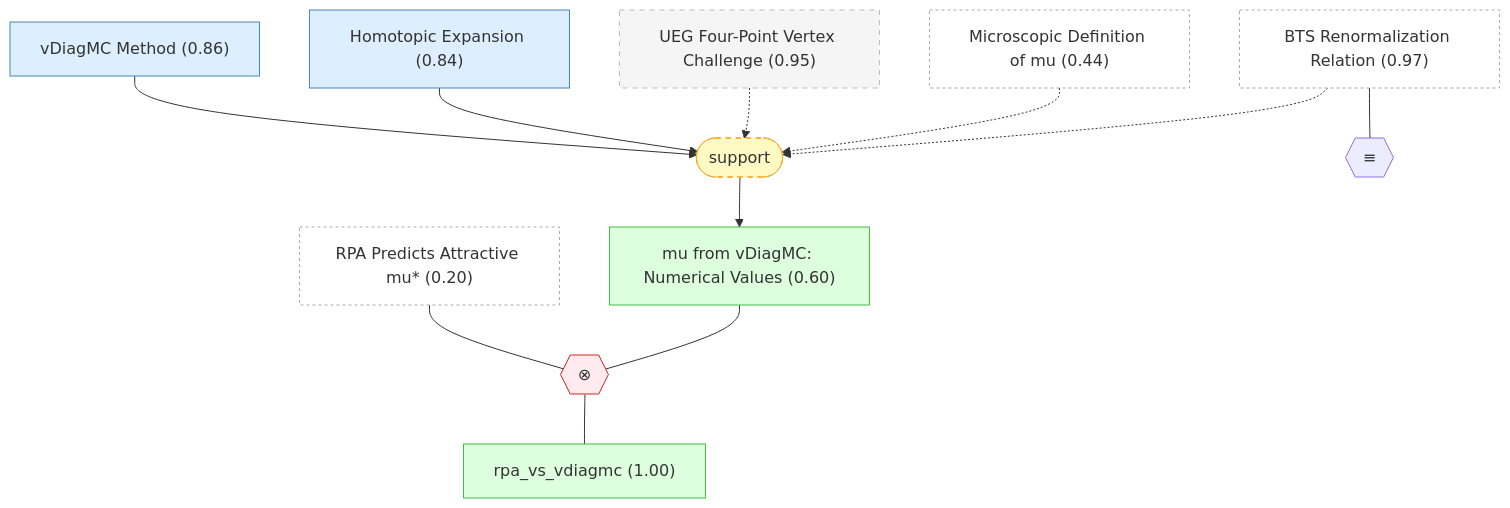
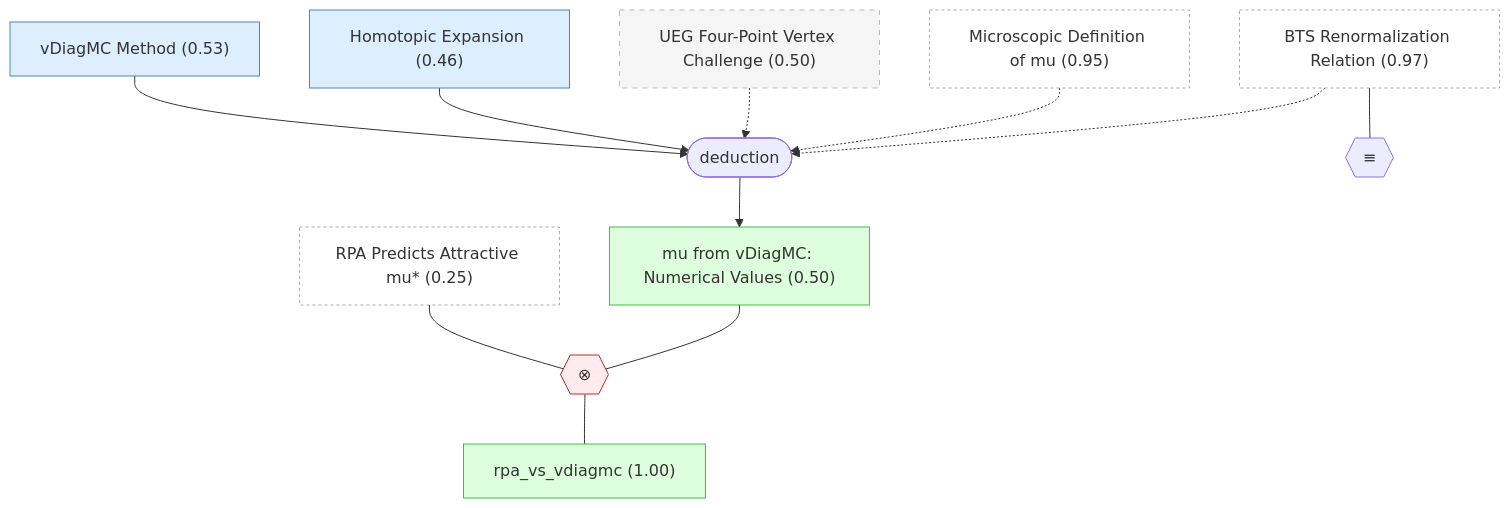
Before and after one commit to kunyuan/SuperconductivityElectronLiquids.gaia: the fourth of 6 diagrams in docs/detailed-reasoning.md, drawn with Mermaid. The commit also changed other lines of this file and 46 other files, not shown here.

````diff
--- a/docs/detailed-reasoning.md
+++ b/docs/detailed-reasoning.md
@@ -552,34 +516,34 @@
 ```mermaid
 graph TD
     bts_renormalization["BTS Renormalization Relation (0.97)"]:::external
-    rpa_predicts_attractive_mu["RPA Predicts Attractive mu#ast; (0.20)"]:::external
-    mu_microscopic_definition["Microscopic Definition of mu (0.44)"]:::external
-    ueg_vertex_challenge["UEG Four-Point Vertex Challenge (0.95)"]:::background
-    vdiagmc_method["vDiagMC Method (0.86)"]:::premise
-    homotopic_expansion["Homotopic Expansion (0.84)"]:::premise
-    mu_vdiagmc_values["mu from vDiagMC: Numerical Values (0.60)"]:::derived
+    rpa_predicts_attractive_mu["RPA Predicts Attractive mu#ast; (0.25)"]:::external
+    mu_microscopic_definition["Microscopic Definition of mu (0.95)"]:::external
+    ueg_vertex_challenge["UEG Four-Point Vertex Challenge (0.50)"]:::background
+    vdiagmc_method["vDiagMC Method (0.53)"]:::premise
+    homotopic_expansion["Homotopic Expansion (0.46)"]:::premise
+    mu_vdiagmc_values["mu from vDiagMC: Numerical Values (0.50)"]:::derived
     rpa_vs_vdiagmc["rpa_vs_vdiagmc (1.00)"]:::derived
-    strat_10(["support"]):::weak
-    vdiagmc_method --> strat_10
-    homotopic_expansion --> strat_10
-    ueg_vertex_challenge -.-> strat_10
-    mu_microscopic_definition -.-> strat_10
-    bts_renormalization -.-> strat_10
-    strat_10 --> mu_vdiagmc_values
-    oper_1{{"≡"}}
-    bts_renormalization --- oper_1
-    oper_2{{"⊗"}}:::contra
-    rpa_predicts_attractive_mu --- oper_2
-    mu_vdiagmc_values --- oper_2
-    oper_2 --- rpa_vs_vdiagmc
+    strat_12(["deduction"])
+    vdiagmc_method --> strat_12
+    homotopic_expansion --> strat_12
+    ueg_vertex_challenge -.-> strat_12
+    mu_microscopic_definition -.-> strat_12
+    bts_renormalization -.-> strat_12
+    strat_12 --> mu_vdiagmc_values
+    oper_2{{"≡"}}
+    bts_renormalization --- oper_2
+    oper_3{{"⊗"}}:::contra
+    rpa_predicts_attractive_mu --- oper_3
+    mu_vdiagmc_values --- oper_3
+    oper_3 --- rpa_vs_vdiagmc
 
-    classDef setting fill:#f0f0f0,stroke:#999,color:#333
+    classDef note fill:#f0f0f0,stroke:#999,color:#333
     classDef premise fill:#ddeeff,stroke:#4488bb,color:#333
     classDef derived fill:#ddffdd,stroke:#44bb44,color:#333
     classDef question fill:#fff3dd,stroke:#cc9944,color:#333
     classDef background fill:#f5f5f5,stroke:#bbb,stroke-dasharray: 5 5,color:#333
     classDef orphan fill:#fff,stroke:#ccc,stroke-dasharray: 5 5,color:#333
     classDef external fill:#fff,stroke:#aaa,stroke-dasharray: 3 3,color:#333
     classDef weak fill:#fff9c4,stroke:#f9a825,stroke-dasharray: 5 5,color:#333
     classDef contra fill:#ffebee,stroke:#c62828,color:#333
 ```
````
